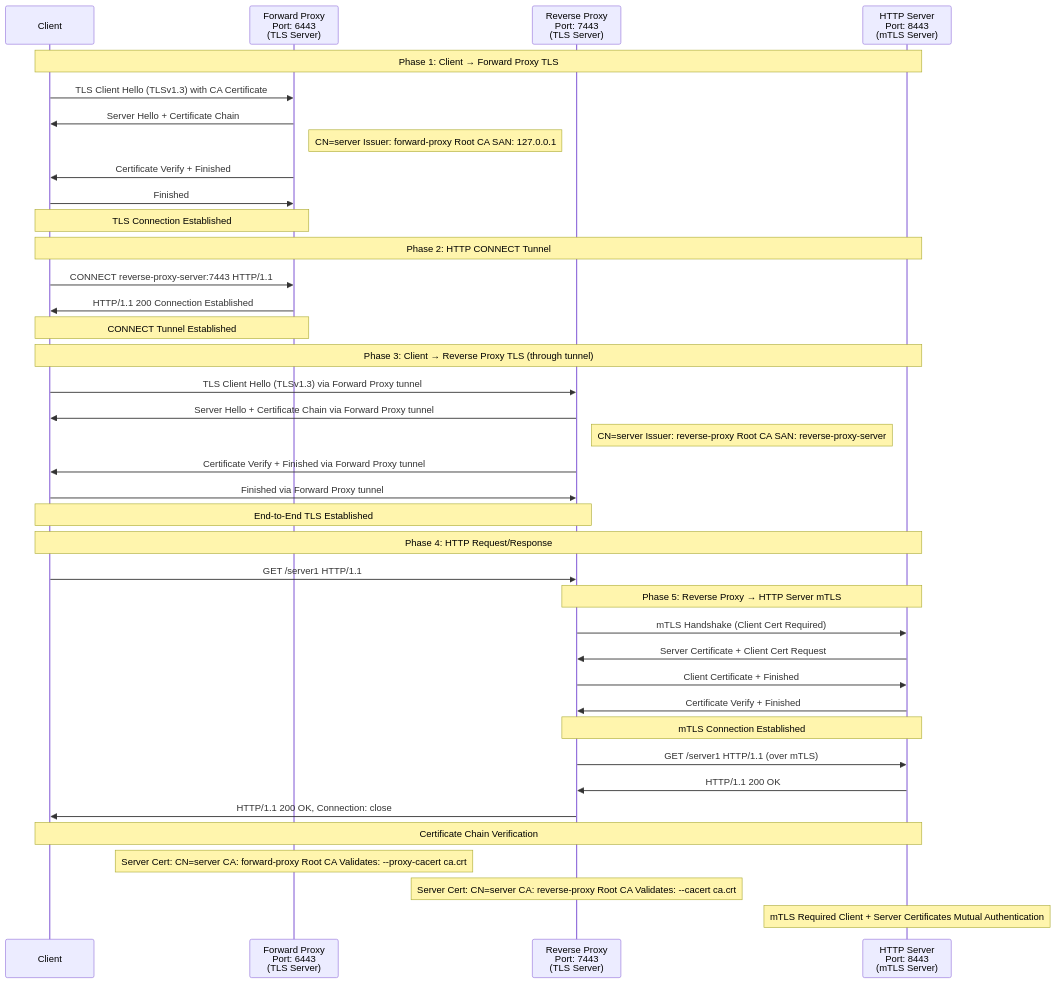
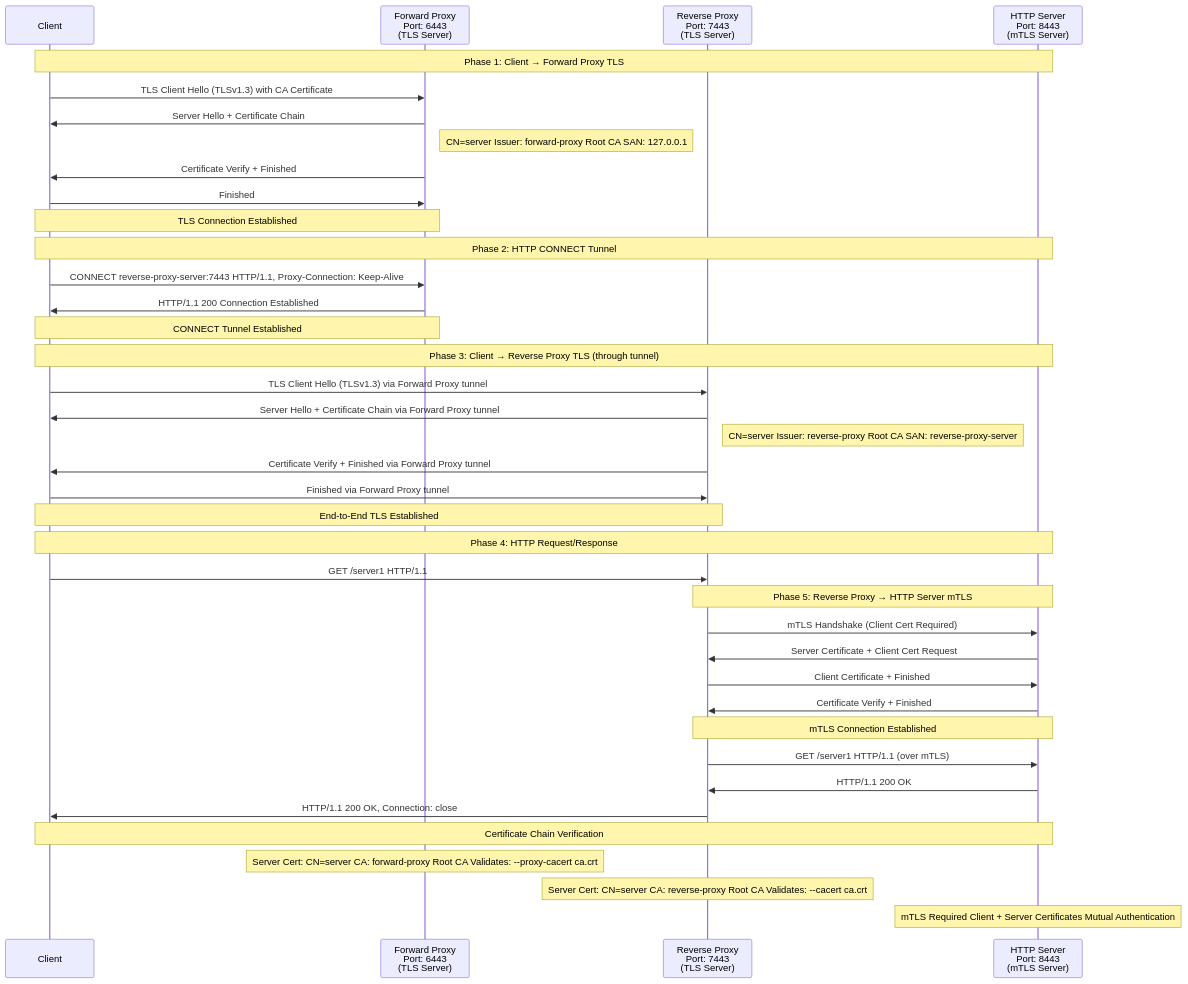
Before and after one commit to lmanohara/http-proxy-suite: the second of 2 diagrams in README.md, drawn with Mermaid. The commit also changed other lines of this file, not shown here.

````diff
--- a/README.md
+++ b/README.md
@@ -27,61 +27,56 @@
 ```mermaid
 sequenceDiagram
     participant Client
     participant ForwardProxy as Forward Proxy <br/>Port: 6443 <br/>(TLS Server)
     participant ReverseProxy as Reverse Proxy<br/>Port: 7443<br/>(TLS Server)
     participant HTTPServer as HTTP Server<br/>Port: 8443<br/>(mTLS Server)
 
     Note over Client,HTTPServer: Phase 1: Client → Forward Proxy TLS
 
     Client->>ForwardProxy: TLS Client Hello (TLSv1.3) with CA Certificate
     ForwardProxy->>Client: Server Hello + Certificate Chain
     Note right of ForwardProxy: CN=server Issuer: forward-proxy Root CA SAN: 127.0.0.1
     ForwardProxy->>Client: Certificate Verify + Finished
     Client->>ForwardProxy: Finished
     Note over Client,ForwardProxy: TLS Connection Established
 
     Note over Client,HTTPServer: Phase 2: HTTP CONNECT Tunnel
 
-    Client->>ForwardProxy: CONNECT reverse-proxy-server:7443 HTTP/1.1
+    Client->>ForwardProxy: CONNECT reverse-proxy-server:7443 HTTP/1.1, Proxy-Connection: Keep-Alive
     ForwardProxy->>Client: HTTP/1.1 200 Connection Established
     Note over Client,ForwardProxy: CONNECT Tunnel Established
 
     Note over Client,HTTPServer: Phase 3: Client → Reverse Proxy TLS (through tunnel)
 
     Client->>ReverseProxy: TLS Client Hello (TLSv1.3) via Forward Proxy tunnel
     ReverseProxy->>Client: Server Hello + Certificate Chain via Forward Proxy tunnel
     Note right of ReverseProxy: CN=server Issuer: reverse-proxy Root CA SAN: reverse-proxy-server
     ReverseProxy->>Client: Certificate Verify + Finished via Forward Proxy tunnel
     Client->>ReverseProxy: Finished via Forward Proxy tunnel
     Note over Client,ReverseProxy: End-to-End TLS Established
 
     Note over Client,HTTPServer: Phase 4: HTTP Request/Response
 
     Client->>ReverseProxy: GET /server1 HTTP/1.1
     
     Note over ReverseProxy,HTTPServer: Phase 5: Reverse Proxy → HTTP Server mTLS
     
     ReverseProxy->>HTTPServer: mTLS Handshake (Client Cert Required)
     HTTPServer->>ReverseProxy: Server Certificate + Client Cert Request
     ReverseProxy->>HTTPServer: Client Certificate + Finished
     HTTPServer->>ReverseProxy: Certificate Verify + Finished
     Note over ReverseProxy,HTTPServer: mTLS Connection Established
     
     ReverseProxy->>HTTPServer: GET /server1 HTTP/1.1 (over mTLS)
     HTTPServer->>ReverseProxy: HTTP/1.1 200 OK
     
     ReverseProxy->>Client: HTTP/1.1 200 OK, Connection: close
 
     Note over Client,HTTPServer: Certificate Chain Verification
 
-
     Note over ForwardProxy: Server Cert: CN=server CA: forward-proxy Root CA Validates: --proxy-cacert ca.crt
-
-
 
     Note over ReverseProxy: Server Cert: CN=server CA: reverse-proxy Root CA Validates: --cacert ca.crt
 
-
-
     Note over HTTPServer: mTLS Required Client + Server Certificates Mutual Authentication
 ```
````
